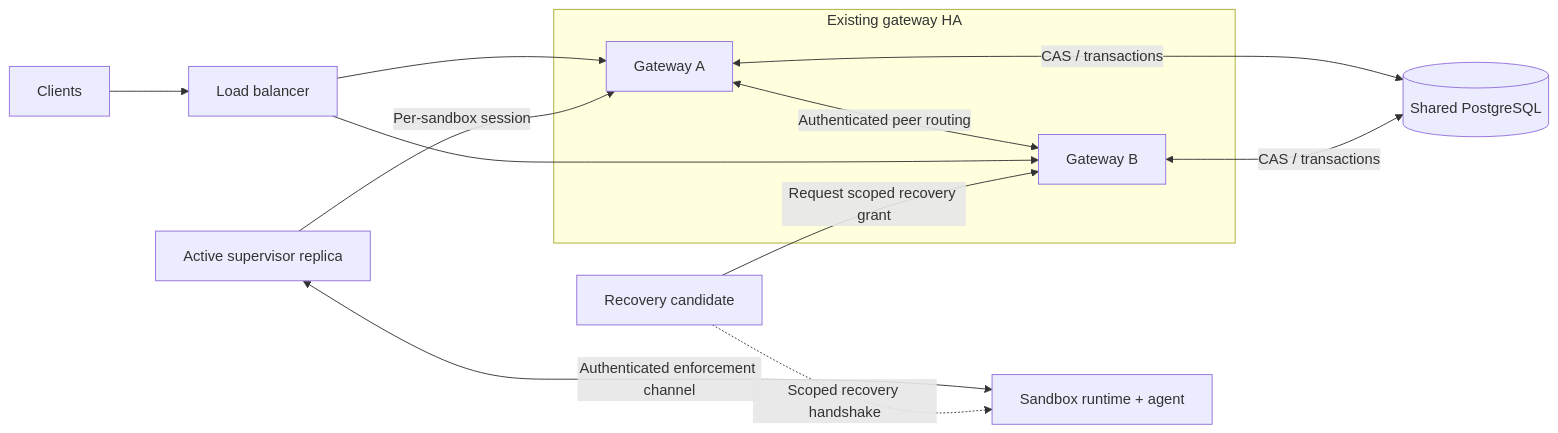
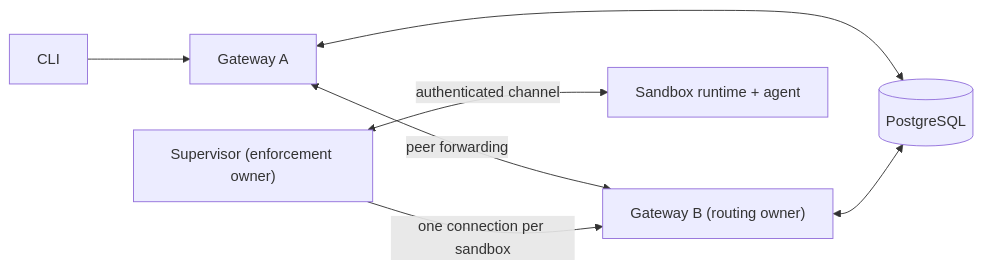
One commit to FrostGod/OpenShell changed the first of 2 diagrams in rfc/0018-multi-sandbox-ha-supervisors/README.md. Above: the diagram before and after it, drawn with Mermaid. The commit also changed other lines of this file, not shown here.

````diff
--- a/rfc/0018-multi-sandbox-ha-supervisors/README.md
+++ b/rfc/0018-multi-sandbox-ha-supervisors/README.md
@@ -122,15 +97,8 @@
 ```mermaid
 flowchart LR
-    U["Clients"] --> L["Load balancer"]
-    subgraph GW["Existing gateway HA"]
-        A["Gateway A"] <-->|"Authenticated peer routing"| B["Gateway B"]
-    end
-    L --> A
-    L --> B
-    A <-->|"CAS / transactions"| D[("Shared PostgreSQL")]
-    B <-->|"CAS / transactions"| D
-    X["Active supervisor replica"] -->|"Per-sandbox session"| A
-    Y["Recovery candidate"] -->|"Request scoped recovery grant"| B
-    X <-->|"Authenticated enforcement channel"| T["Sandbox runtime + agent"]
-    Y -.->|"Scoped recovery handshake"| T
+    C["CLI"] --> G1["Gateway A"]
+    G1 <-->|"peer forwarding"| G2["Gateway B (routing owner)"]
+    S["Supervisor (enforcement owner)"] -->|"one connection per sandbox"| G2
+    S <-->|"authenticated channel"| R["Sandbox runtime + agent"]
+    G1 & G2 <--> D[("PostgreSQL")]
 ```
````
